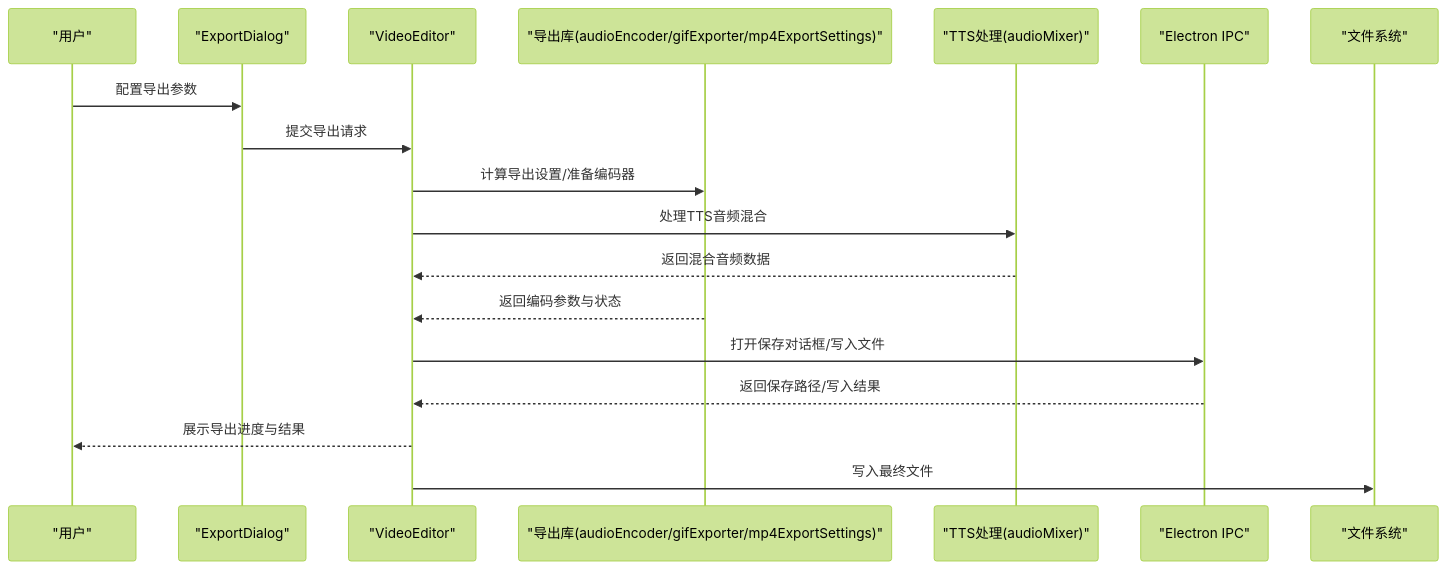
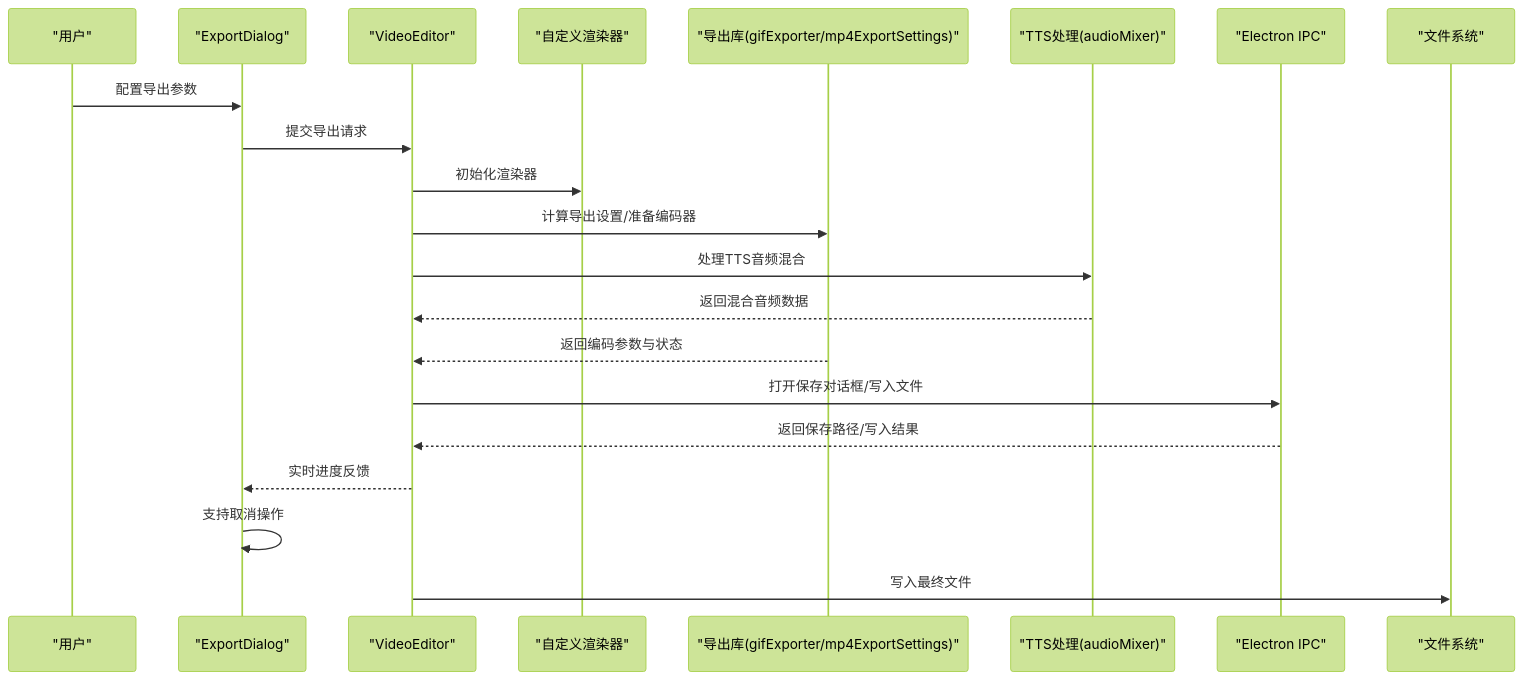
Before and after one commit to zhanggmin/openscreen: the second of 7 diagrams in .qoder/repowiki/zh/content/导出系统/导出系统.md, drawn with Mermaid (forest theme). The commit also changed other lines of this file and 87 other files, not shown here.

````diff
--- a/.qoder/repowiki/zh/content/导出系统/导出系统.md
+++ b/.qoder/repowiki/zh/content/导出系统/导出系统.md
@@ -132,20 +171,23 @@
 ```mermaid
 sequenceDiagram
 participant U as "用户"
 participant D as "ExportDialog"
 participant E as "VideoEditor"
-participant L as "导出库(audioEncoder/gifExporter/mp4ExportSettings)"
+participant R as "自定义渲染器"
+participant L as "导出库(gifExporter/mp4ExportSettings)"
 participant T as "TTS处理(audioMixer)"
 participant P as "Electron IPC"
 participant FS as "文件系统"
 U->>D : 配置导出参数
 D->>E : 提交导出请求
+E->>R : 初始化渲染器
 E->>L : 计算导出设置/准备编码器
 E->>T : 处理TTS音频混合
 T-->>E : 返回混合音频数据
 L-->>E : 返回编码参数与状态
 E->>P : 打开保存对话框/写入文件
 P-->>E : 返回保存路径/写入结果
-E-->>U : 展示导出进度与结果
+E-->>D : 实时进度反馈
+D->>D : 支持取消操作
 E->>FS : 写入最终文件
 ```
````
